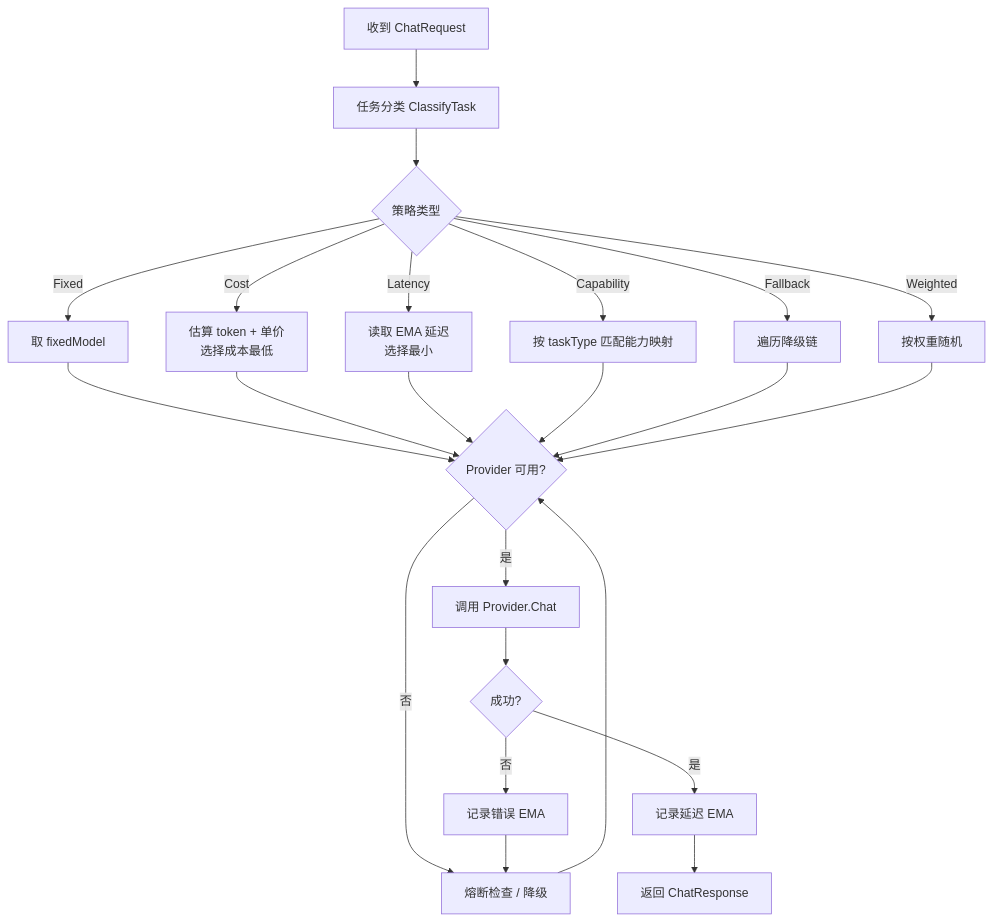
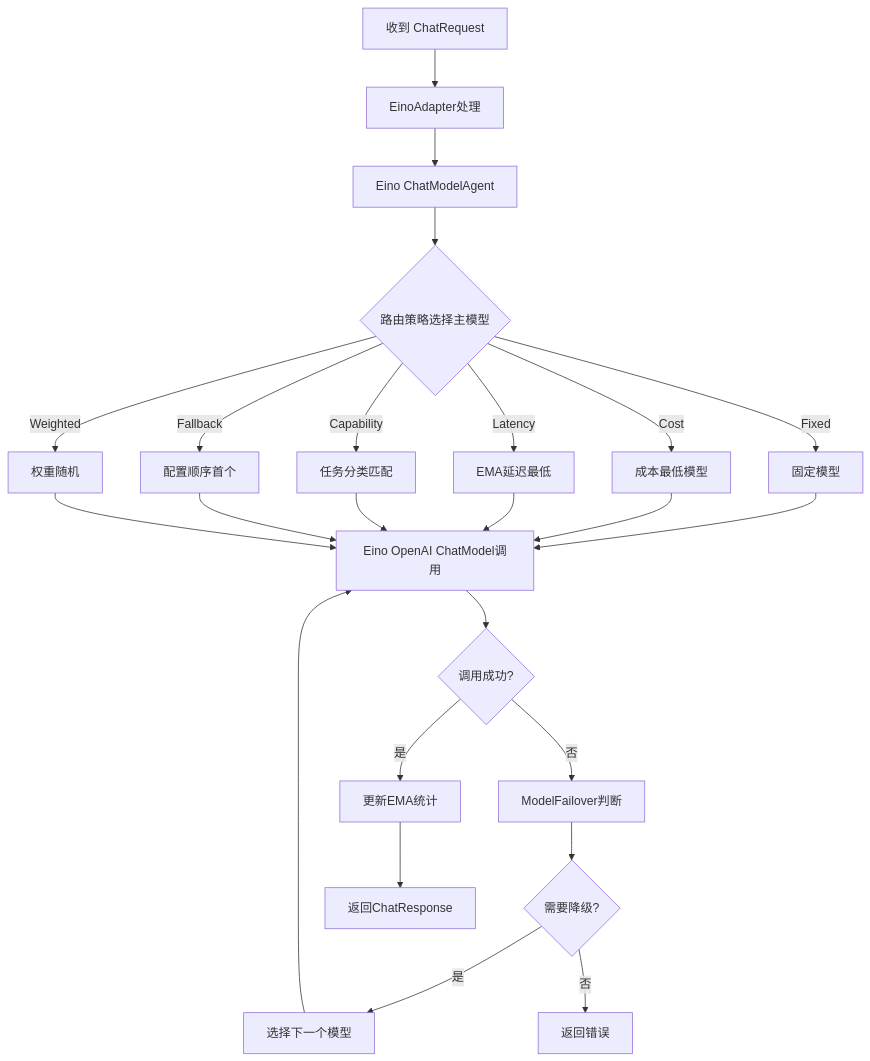
Before and after one commit to qjm134-source/taohuawu: the eighth of 10 diagrams in docs/ARCHITECTURE.md, drawn with Mermaid. The commit also changed other lines of this file and 35 other files, not shown here.

First line of the commit message:
refactor: migrate to Eino ReAct Agent for automatic tool calling

````diff
--- a/docs/ARCHITECTURE.md
+++ b/docs/ARCHITECTURE.md
@@ -250,25 +263,26 @@
 ```mermaid
 flowchart TD
-    A[收到 ChatRequest] --> B[任务分类 ClassifyTask]
-    B --> C{策略类型}
-    C -->|Fixed| D[取 fixedModel]
-    C -->|Cost| E[估算 token + 单价<br/>选择成本最低]
-    C -->|Latency| F[读取 EMA 延迟<br/>选择最小]
-    C -->|Capability| G[按 taskType 匹配能力映射]
-    C -->|Fallback| H[遍历降级链]
-    C -->|Weighted| I[按权重随机]
-    D --> J{Provider 可用?}
-    E --> J
-    F --> J
-    G --> J
-    H --> J
-    I --> J
-    J -->|否| K[熔断检查 / 降级]
-    K --> J
-    J -->|是| L[调用 Provider.Chat]
-    L --> M{成功?}
-    M -->|否| N[记录错误 EMA]
-    N --> K
-    M -->|是| O[记录延迟 EMA]
-    O --> P[返回 ChatResponse]
+    A[收到 ChatRequest] --> B[EinoAdapter处理]
+    B --> C[Eino ChatModelAgent]
+    C --> D{路由策略选择主模型}
+    D -->|Fixed| E[固定模型]
+    D -->|Cost| F[成本最低模型]
+    D -->|Latency| G[EMA延迟最低]
+    D -->|Capability| H[任务分类匹配]
+    D -->|Fallback| I[配置顺序首个]
+    D -->|Weighted| J[权重随机]
+    E --> K[Eino OpenAI ChatModel调用]
+    F --> K
+    G --> K
+    H --> K
+    I --> K
+    J --> K
+    K --> L{调用成功?}
+    L -->|是| M[更新EMA统计]
+    L -->|否| N[ModelFailover判断]
+    N --> O{需要降级?}
+    O -->|是| P[选择下一个模型]
+    O -->|否| Q[返回错误]
+    P --> K
+    M --> R[返回ChatResponse]
 ```
````
